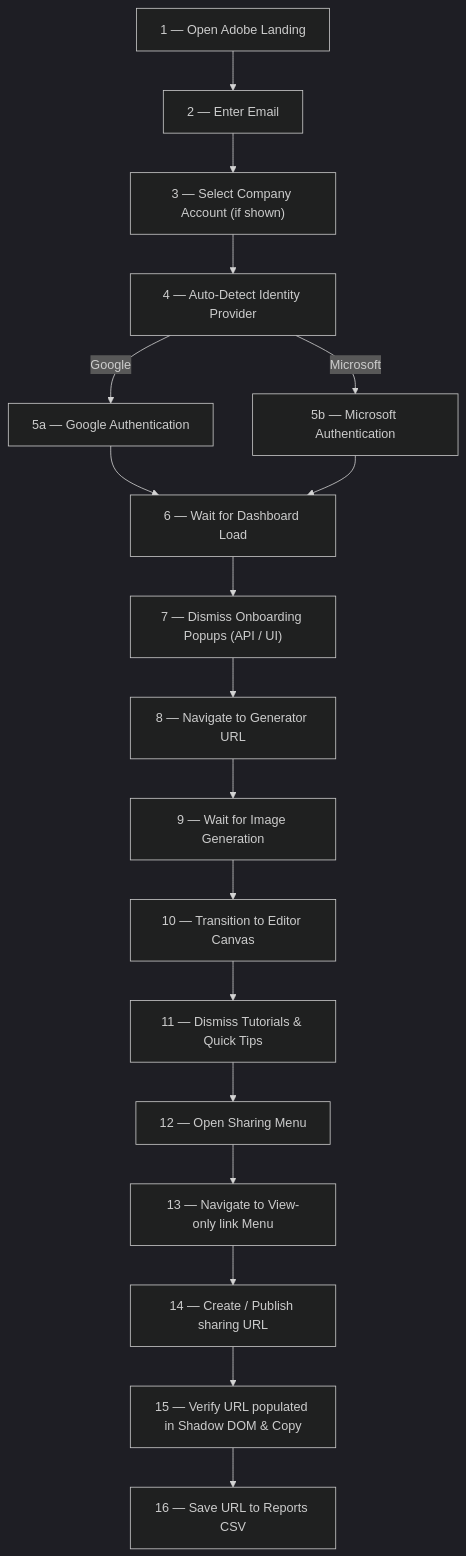
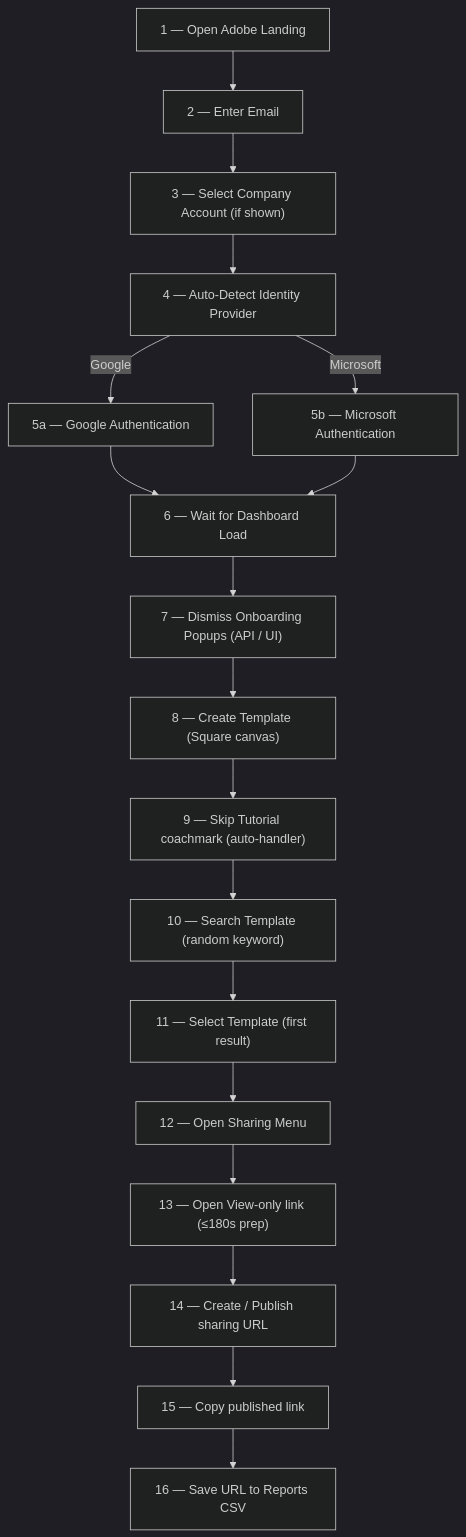
Before and after one commit to vishal-007code/Adobe-Typescript: the second of 2 diagrams in README.md, drawn with Mermaid (dark theme). The commit also changed other lines of this file and 1 other file, not shown here.

First line of the commit message:
docs: update flow docs to match template-to-share path

````diff
--- a/README.md
+++ b/README.md
@@ -80,20 +80,20 @@
 ```mermaid
 flowchart TD
     A["1 — Open Adobe Landing"] --> B["2 — Enter Email"]
     B --> C["3 — Select Company Account (if shown)"]
     C --> D["4 — Auto-Detect Identity Provider"]
     D -->|Google| E["5a — Google Authentication"]
     D -->|Microsoft| F["5b — Microsoft Authentication"]
     E --> G["6 — Wait for Dashboard Load"]
     F --> G
     G --> H["7 — Dismiss Onboarding Popups (API / UI)"]
-    H --> I["8 — Navigate to Generator URL"]
-    I --> J["9 — Wait for Image Generation"]
-    J --> K["10 — Transition to Editor Canvas"]
-    K --> L["11 — Dismiss Tutorials & Quick Tips"]
+    H --> I["8 — Create Template (Square canvas)"]
+    I --> J["9 — Skip Tutorial coachmark (auto-handler)"]
+    J --> K["10 — Search Template (random keyword)"]
+    K --> L["11 — Select Template (first result)"]
     L --> M["12 — Open Sharing Menu"]
-    M --> N["13 — Navigate to View-only link Menu"]
+    M --> N["13 — Open View-only link (≤180s prep)"]
     N --> O["14 — Create / Publish sharing URL"]
-    O --> P["15 — Verify URL populated in Shadow DOM & Copy"]
+    O --> P["15 — Copy published link"]
     P --> Q["16 — Save URL to Reports CSV"]
 ```
````
